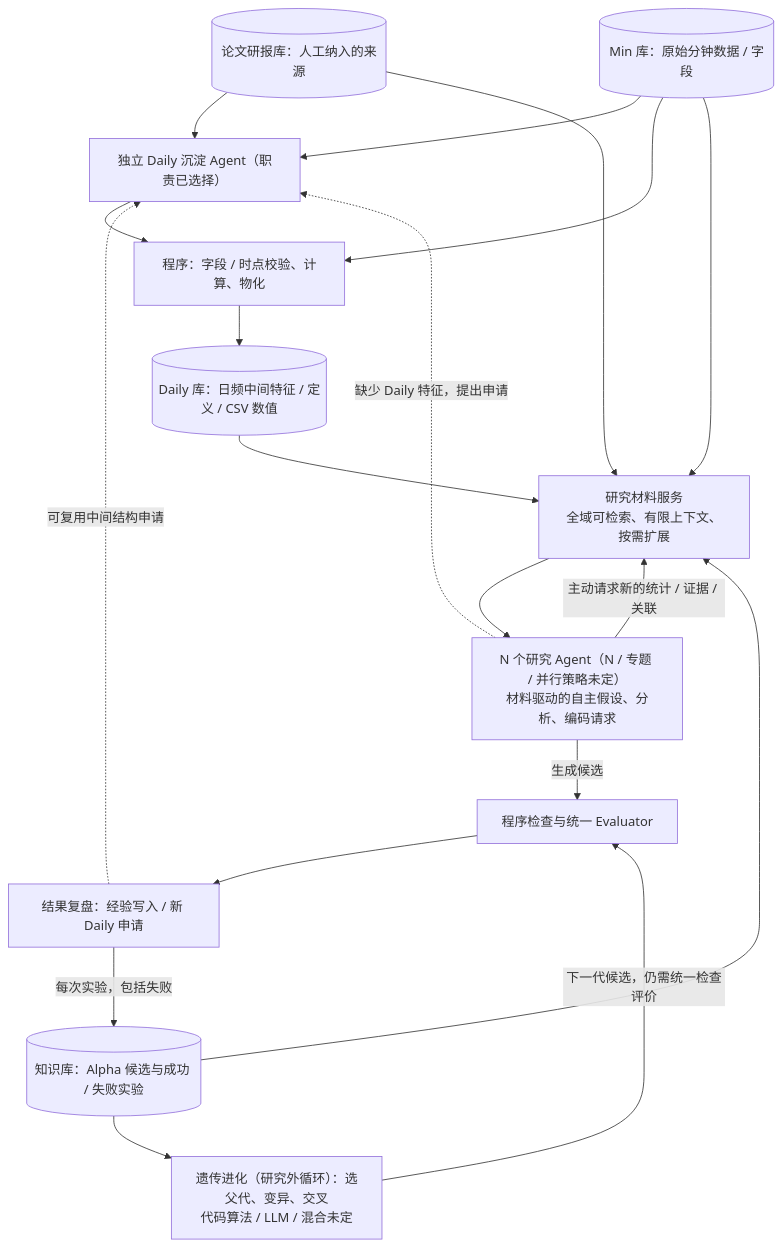
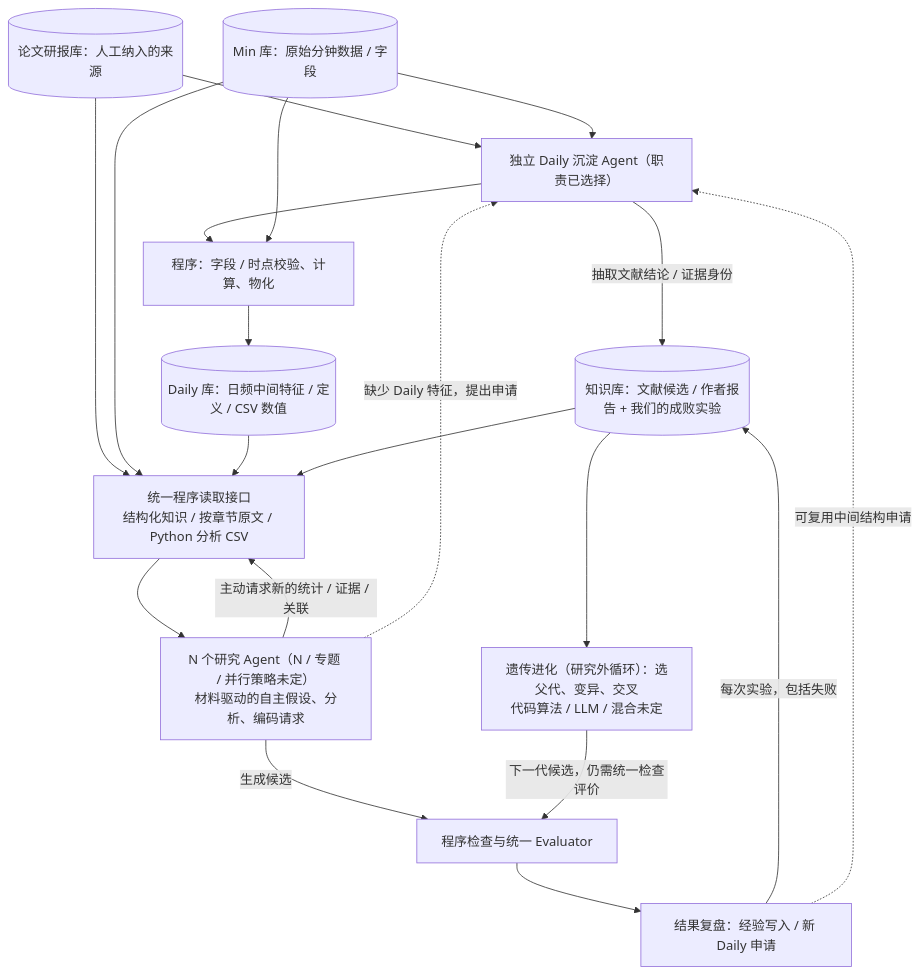
Before and after one commit to epshoron/JXwork: the diagram in architecture/research_loop_inputs_draft/README.md, drawn with Mermaid. The commit also changed other lines of this file, not shown here.

Commit message:
docs(research): align main architecture with four stores, literature claims, and provisional masked input V1

````diff
--- a/architecture/research_loop_inputs_draft/README.md
+++ b/architecture/research_loop_inputs_draft/README.md
@@ -7,34 +7,35 @@
 ```mermaid
 flowchart TB
     M[("Min 库：原始分钟数据 / 字段")]
     P[("论文研报库：人工纳入的来源")]
     D[("Daily 库：日频中间特征 / 定义 / CSV 数值")]
-    K[("知识库：Alpha 候选与成功 / 失败实验")]
+    K[("知识库：文献候选 / 作者报告 + 我们的成败实验")]
     CA["独立 Daily 沉淀 Agent（职责已选择）"]
     EX["程序：字段 / 时点校验、计算、物化"]
-    CTX["研究材料服务<br/>全域可检索、有限上下文、按需扩展"]
+    CTX["统一程序读取接口<br/>结构化知识 / 按章节原文 / Python 分析 CSV"]
     RA["N 个研究 Agent（N / 专题 / 并行策略未定）<br/>材料驱动的自主假设、分析、编码请求"]
     EV["程序检查与统一 Evaluator"]
     REV["结果复盘：经验写入 / 新 Daily 申请"]
     GA["遗传进化（研究外循环）：选父代、变异、交叉<br/>代码算法 / LLM / 混合未定"]
 
     P --> CA
     M --> CA
+    CA -- "抽取文献结论 / 证据身份" --> K
     CA --> EX
     M --> EX
     EX --> D
 
     P --> CTX
     M --> CTX
     D --> CTX
     K --> CTX
     CTX --> RA
     RA -- "主动请求新的统计 / 证据 / 关联" --> CTX
     RA -- "生成候选" --> EV
     EV --> REV
     REV -- "每次实验，包括失败" --> K
     REV -. "可复用中间结构申请" .-> CA
     RA -. "缺少 Daily 特征，提出申请" .-> CA
     K --> GA
     GA -- "下一代候选，仍需统一检查评价" --> EV
 ```
````
